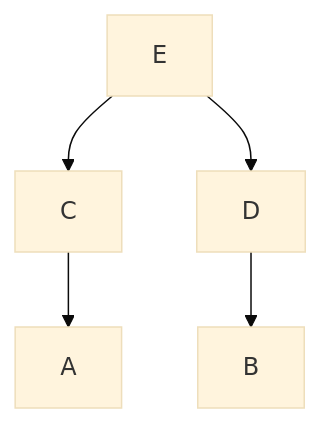
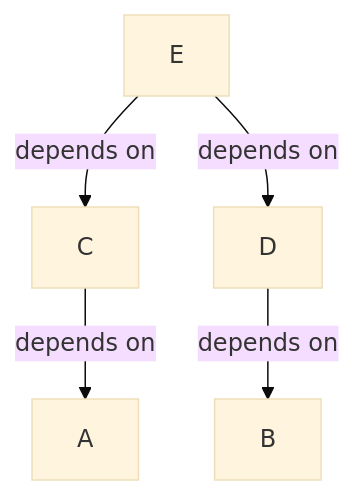
Before and after one commit to igorwojda/software-design-concepts: the second of 2 diagrams in src/main/kotlin/com/igorwojda/pattern/dependencyinjection/README.md, drawn with Mermaid (base theme). The commit also changed other lines of this file, not shown here.

Commit message:
Add depends on desc

````diff
--- a/src/main/kotlin/com/igorwojda/pattern/dependencyinjection/README.md
+++ b/src/main/kotlin/com/igorwojda/pattern/dependencyinjection/README.md
@@ -119,7 +119,8 @@
 ```mermaid
 graph TD;
-    E-->C;
-    E-->D
-    C-->A
-    D-->B
+    E-->|depends on|C;
+    E-->|depends on|D
+    C-->|depends on|A
+    D-->|depends on|B
+    classDef someclass fill:#f96;
 ```
````
